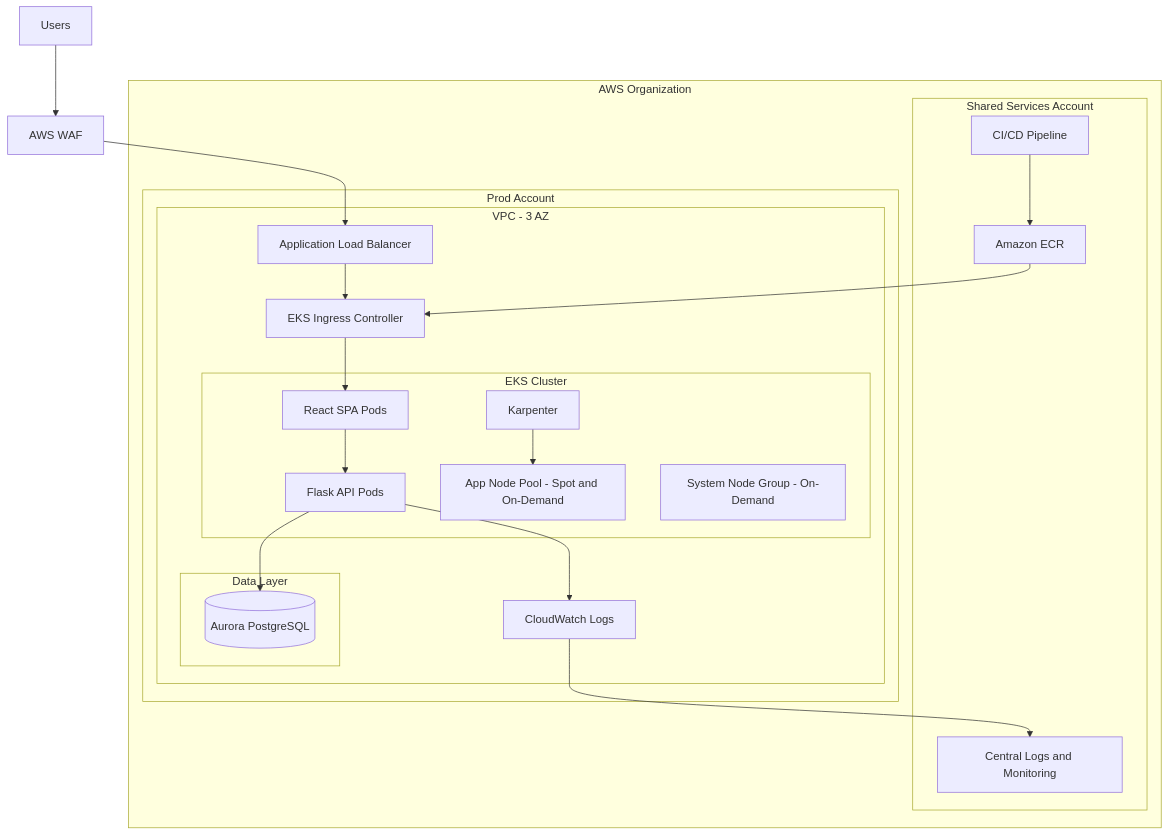
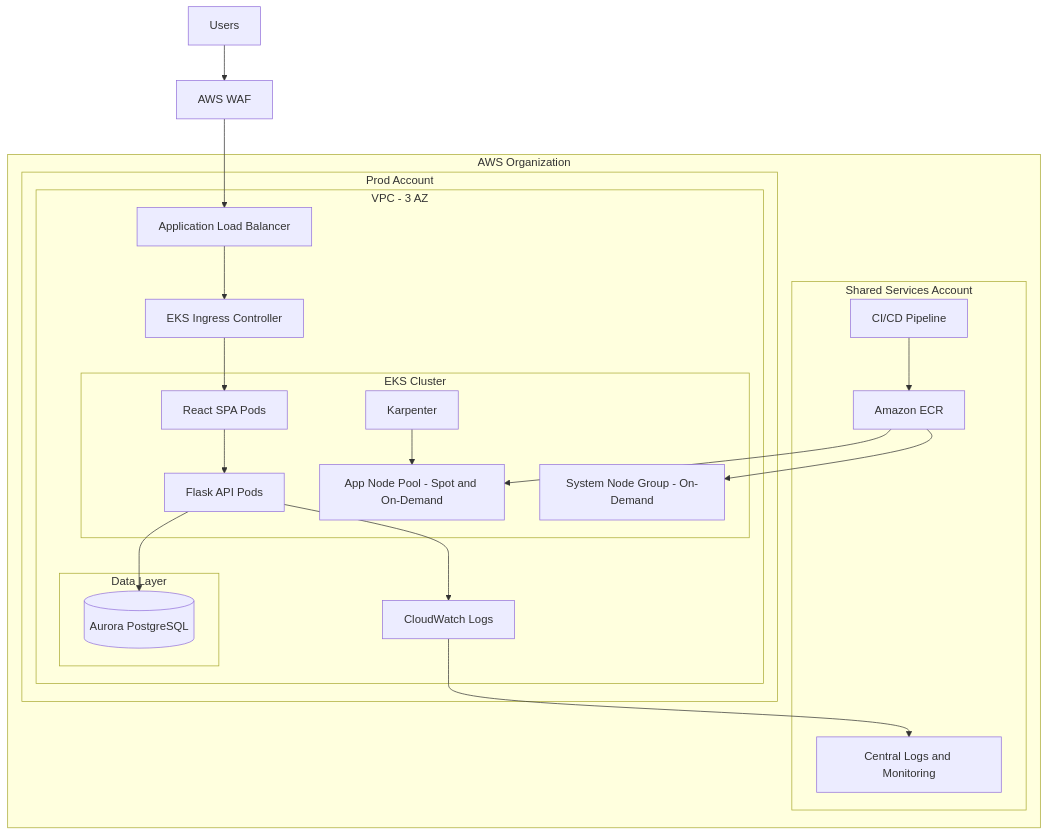
Before and after one commit to gezim-tech/opsfleet: the diagram in architecture/README.md, drawn with Mermaid. The commit also changed other lines of this file and 1 other file, not shown here.

Commit message:
fix: adjust ECR arrow

````diff
--- a/architecture/README.md
+++ b/architecture/README.md
@@ -199,41 +199,42 @@
 ```mermaid
 flowchart TB
   U[Users] --> WAF[AWS WAF]
   WAF --> ALB[Application Load Balancer]
 
   subgraph ORG[AWS Organization]
     subgraph SHARED[Shared Services Account]
       CI[CI/CD Pipeline] --> ECR[Amazon ECR]
       LOGS[Central Logs and Monitoring]
     end
 
     subgraph PROD[Prod Account]
       subgraph VPC[VPC - 3 AZ]
         ALB --> ING[EKS Ingress Controller]
 
         subgraph EKS[EKS Cluster]
           FE[React SPA Pods]
           API[Flask API Pods]
           KARP[Karpenter]
           APPN[App Node Pool - Spot and On-Demand]
           SYS[System Node Group - On-Demand]
         end
 
         subgraph DATA[Data Layer]
           DB[(Aurora PostgreSQL)]
         end
 
         CWL[CloudWatch Logs]
 
         ING --> FE
         FE --> API
         API --> DB
         API --> CWL
         KARP --> APPN
       end
     end
 
-    ECR --> ING
+    ECR --> APPN
+    ECR --> SYS
     CWL --> LOGS
   end
 ```
````
